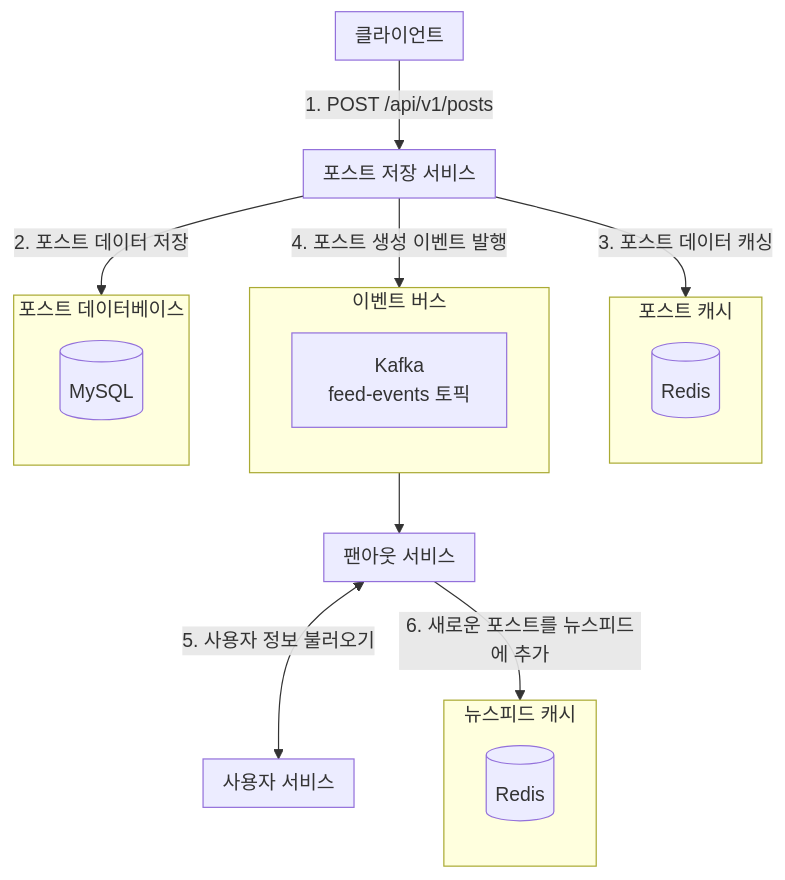
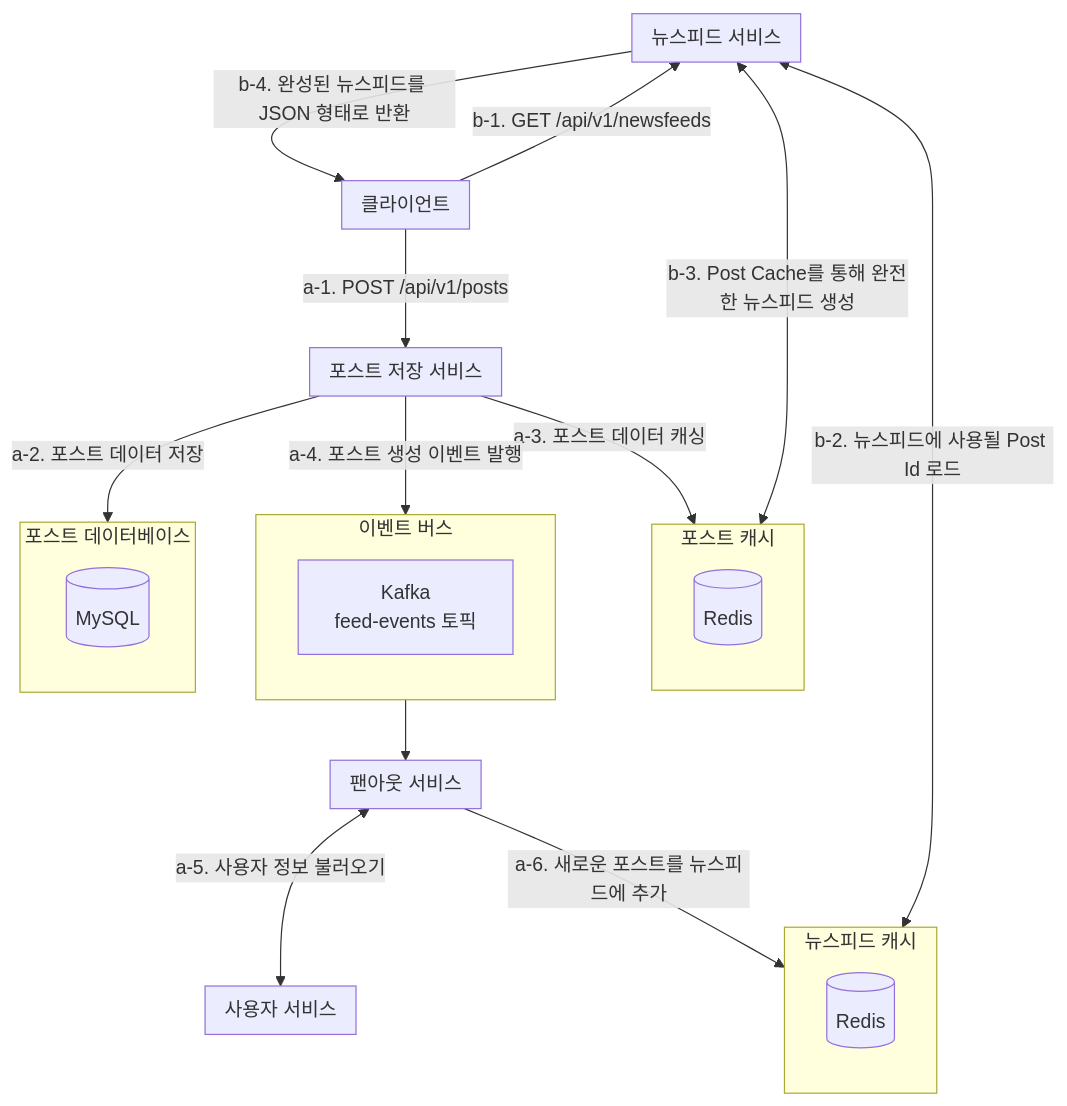
Before and after one commit to peppermint100/system-design-interview-projects: the diagram in posting-service/diagram.mmd, drawn with Mermaid.

Commit message:
뉴스피드 읽기 다이어그램

```diff
--- a/posting-service/diagram.mmd
+++ b/posting-service/diagram.mmd
@@ -1,44 +1,52 @@
 flowchart TB
     subgraph Client[클라이언트]
         direction TB
     end
 
     subgraph Post_Service[포스트 저장 서비스]
         direction TB
     end
 
     subgraph Post_Cache[포스트 캐시]
         direction TB
         Post_Redis[(Redis)]
     end
 
     subgraph Event_Bus[이벤트 버스]
         direction TB
         Kafka[Kafka\nfeed-events 토픽]
     end
 
     subgraph Post_Storage[포스트 데이터베이스]
         direction TB
         Post_MySQL[(MySQL)]
     end
 
     subgraph Fanout_Service[팬아웃 서비스]
         direction TB
     end
 
     subgraph Newsfeed_Cache[뉴스피드 캐시]
         direction TB
         Newsfeed_Redis[(Redis)]
     end
 
     subgraph User_Service[사용자 서비스]
         direction TB
     end
 
-    Client -->|1. POST /api/v1/posts| Post_Service
-    Post_Service -->|2. 포스트 데이터 저장| Post_Storage
-    Post_Service -->|3. 포스트 데이터 캐싱| Post_Cache
-    Post_Service -->|4. 포스트 생성 이벤트 발행| Kafka
+    subgraph Newsfeed_Service[뉴스피드 서비스]
+        direction TB
+    end
+
+    Client -->|a-1. POST /api/v1/posts| Post_Service
+    Post_Service -->|a-2. 포스트 데이터 저장| Post_Storage
+    Post_Service -->|a-3. 포스트 데이터 캐싱| Post_Cache
+    Post_Service -->|a-4. 포스트 생성 이벤트 발행| Kafka
     Kafka -->Fanout_Service
-    Fanout_Service <-->|5. 사용자 정보 불러오기|User_Service
-    Fanout_Service-->|6. 새로운 포스트를 뉴스피드에 추가|Newsfeed_Cache
+    Fanout_Service <-->|a-5. 사용자 정보 불러오기|User_Service
+    Fanout_Service-->|a-6. 새로운 포스트를 뉴스피드에 추가|Newsfeed_Cache
+    Client -->|b-1. GET /api/v1/newsfeeds| Newsfeed_Service
+    Newsfeed_Service <-->|b-2. 뉴스피드에 사용될 Post Id 로드|Newsfeed_Cache
+    Newsfeed_Service <-->|b-3. Post Cache를 통해 완전한 뉴스피드 생성|Post_Cache
+    Newsfeed_Service -->|b-4. 완성된 뉴스피드를 JSON 형태로 반환|Client
```
